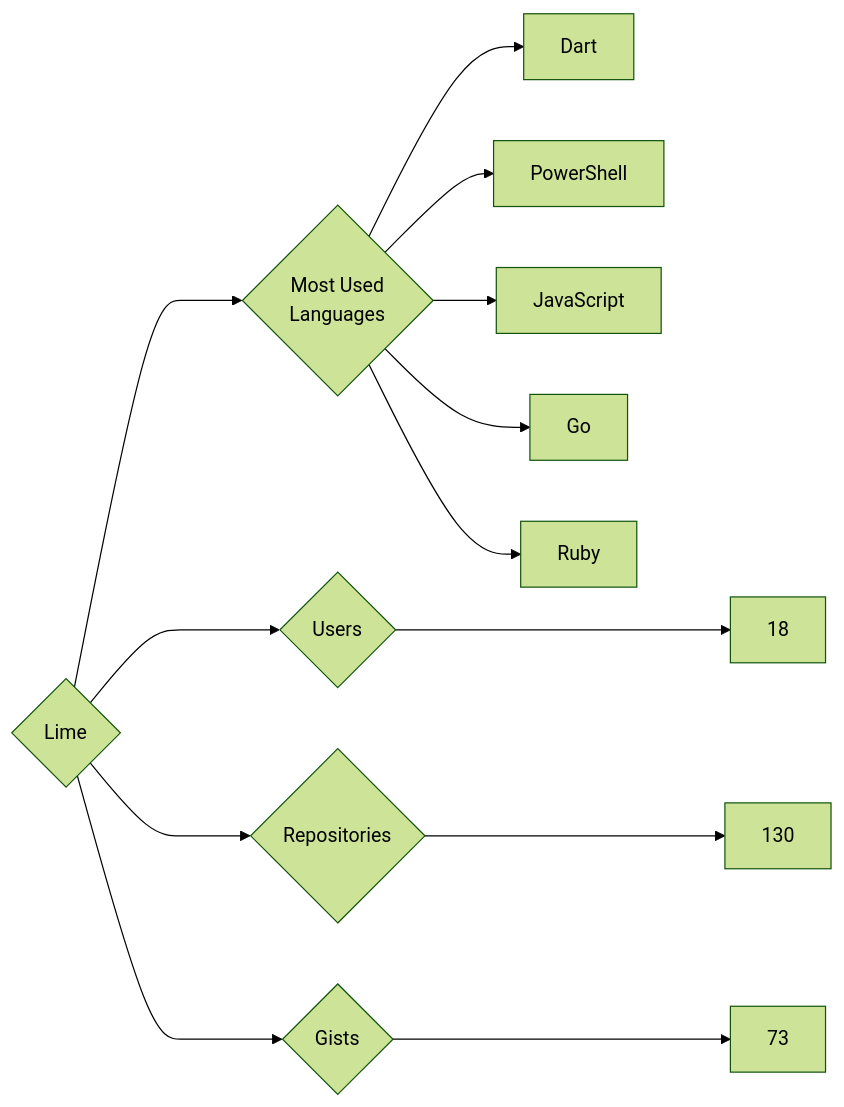
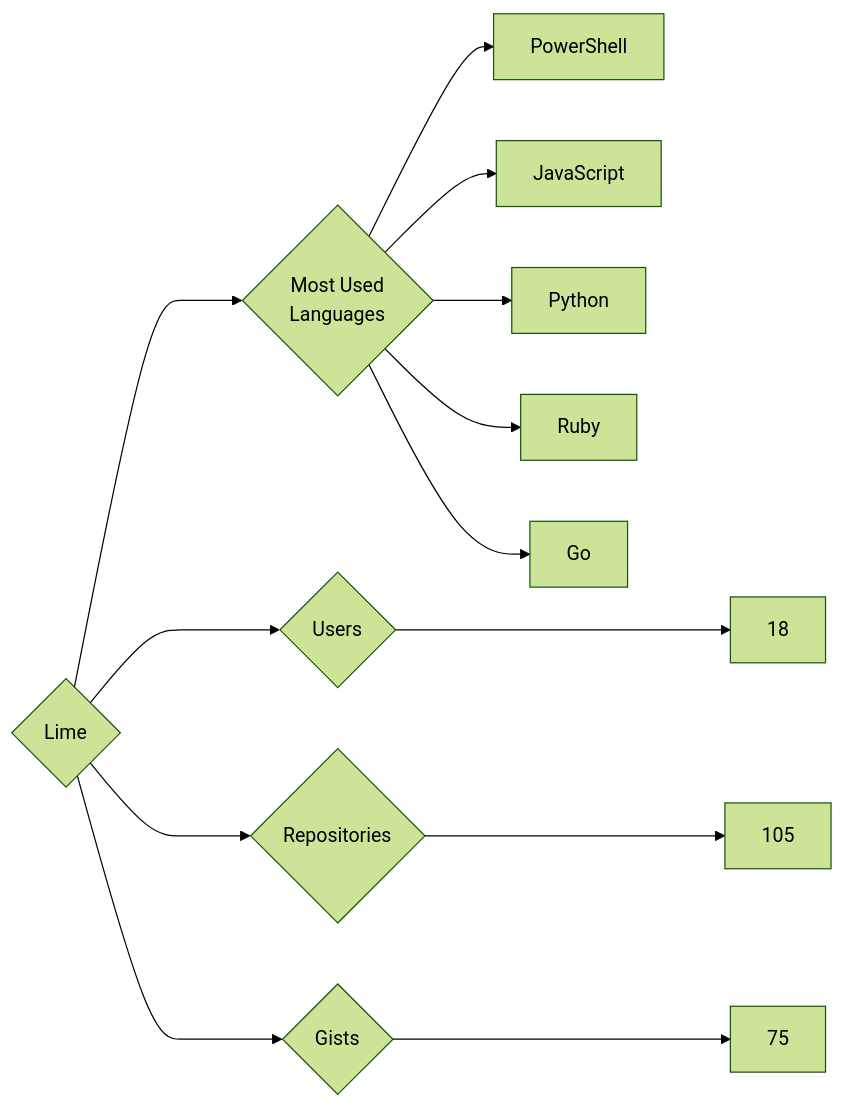
The diagram in targets/Lime/README.md (trickest/insiders), drawn with Mermaid (forest theme) before and after one commit. The commit also changed 681 other files, not shown here.

````diff
--- a/targets/Lime/README.md
+++ b/targets/Lime/README.md
@@ -3,13 +3,13 @@
 ```mermaid
 graph LR
 COMPANY_NAME{Lime}
 COMPANY_NAME ---> U{Users} ---> UN[18]
-COMPANY_NAME ---> R{Repositories} ---> RN[130]
-COMPANY_NAME ---> G{Gists} ---> GN[73]
+COMPANY_NAME ---> R{Repositories} ---> RN[105]
+COMPANY_NAME ---> G{Gists} ---> GN[75]
 COMPANY_NAME ---> ML{Most Used<br>Languages}
-ML --> Dart[Dart]
 ML --> PowerShell[PowerShell]
 ML --> JavaScript[JavaScript]
+ML --> Python[Python]
+ML --> Ruby[Ruby]
 ML --> Go[Go]
-ML --> Ruby[Ruby]
 ```
````
